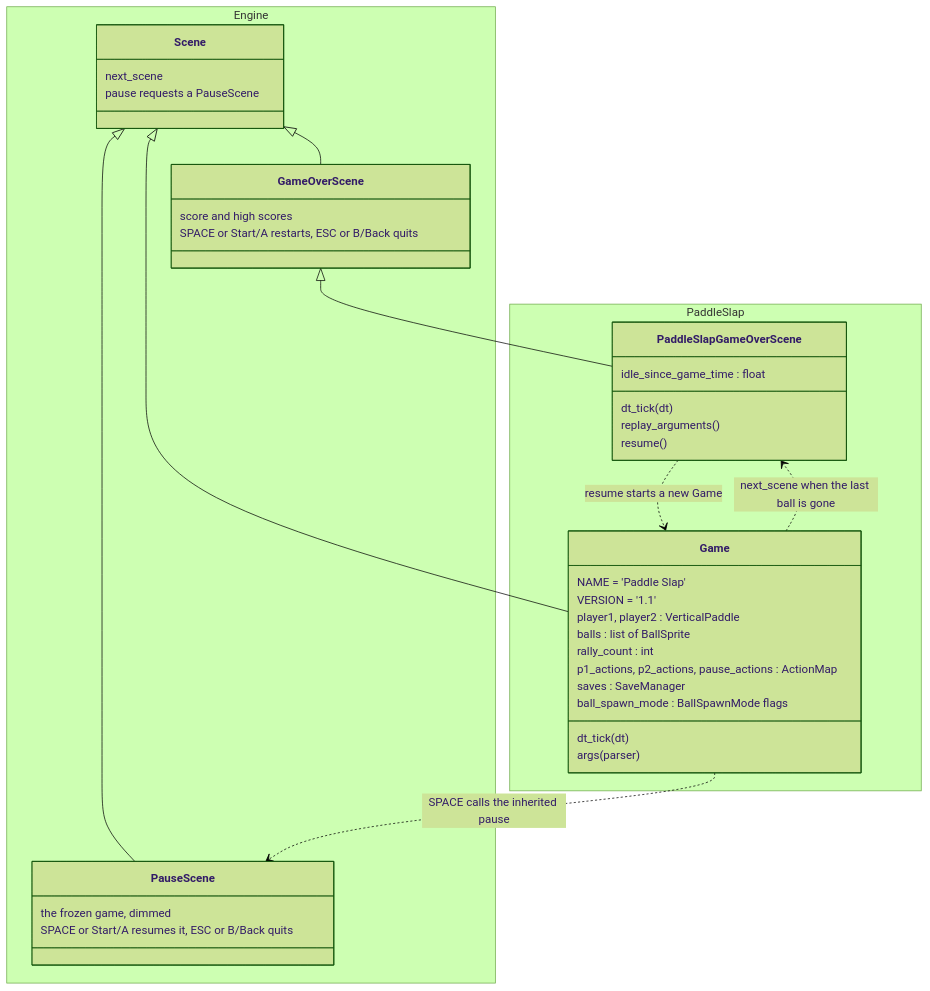
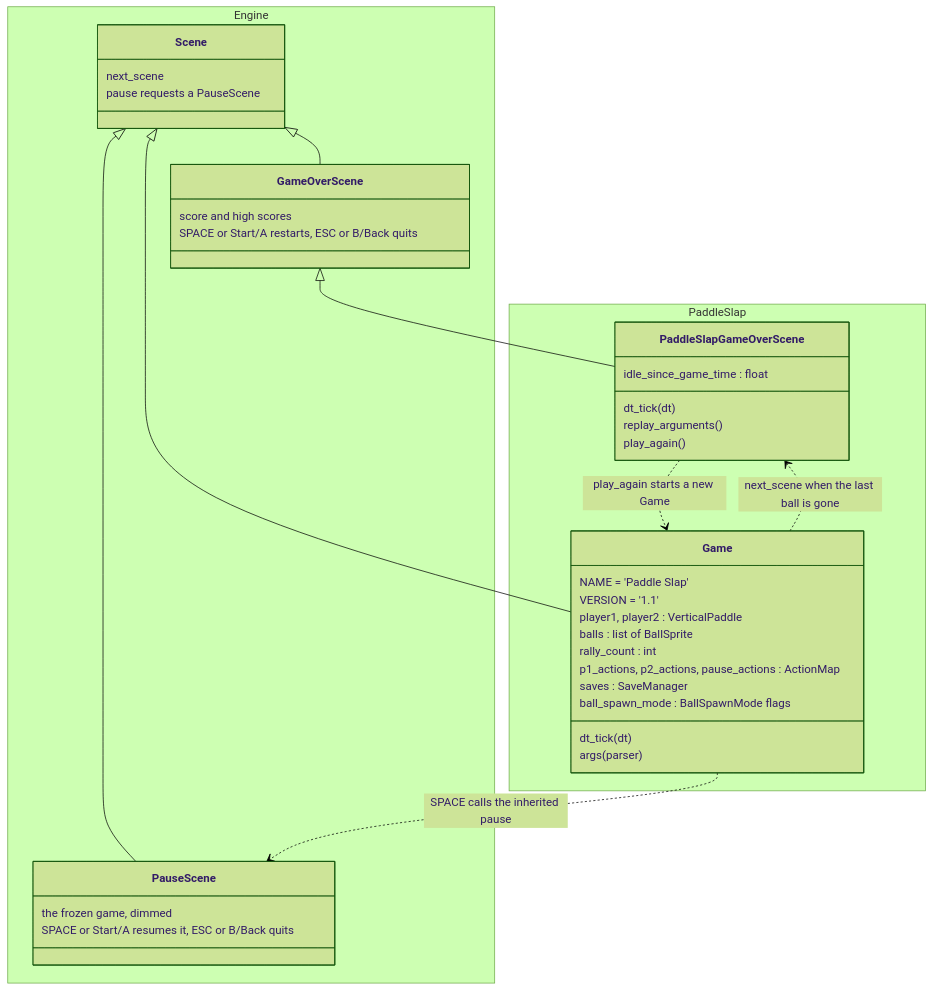
The third of 7 diagrams in docs/games/paddleslap.md (terrysimons/glitchygames), drawn with Mermaid (forest theme) before and after one commit. The commit also changed other lines of this file and 29 other files, not shown here.

````diff
--- a/docs/games/paddleslap.md
+++ b/docs/games/paddleslap.md
@@ -182,47 +182,47 @@
 ```mermaid
 classDiagram
     direction TB
     namespace Engine {
         class Scene {
             next_scene
             pause requests a PauseScene
         }
         class PauseScene {
             the frozen game, dimmed
             SPACE or Start/A resumes it, ESC or B/Back quits
         }
         class GameOverScene {
             score and high scores
             SPACE or Start/A restarts, ESC or B/Back quits
         }
     }
     namespace PaddleSlap {
         class Game {
             NAME = 'Paddle Slap'
             VERSION = '1.1'
             player1, player2 : VerticalPaddle
             balls : list of BallSprite
             rally_count : int
             p1_actions, p2_actions, pause_actions : ActionMap
             saves : SaveManager
             ball_spawn_mode : BallSpawnMode flags
             dt_tick(dt)
             args(parser)
         }
         class PaddleSlapGameOverScene {
             idle_since_game_time : float
             dt_tick(dt)
             replay_arguments()
-            resume()
+            play_again()
         }
     }
 
     Scene <|-- PauseScene
     Scene <|-- GameOverScene
     Scene <|-- Game
     GameOverScene <|-- PaddleSlapGameOverScene
 
     Game ..> PauseScene : SPACE calls the inherited pause
     Game ..> PaddleSlapGameOverScene : next_scene when the last ball is gone
-    PaddleSlapGameOverScene ..> Game : resume starts a new Game
+    PaddleSlapGameOverScene ..> Game : play_again starts a new Game
 ```
````
